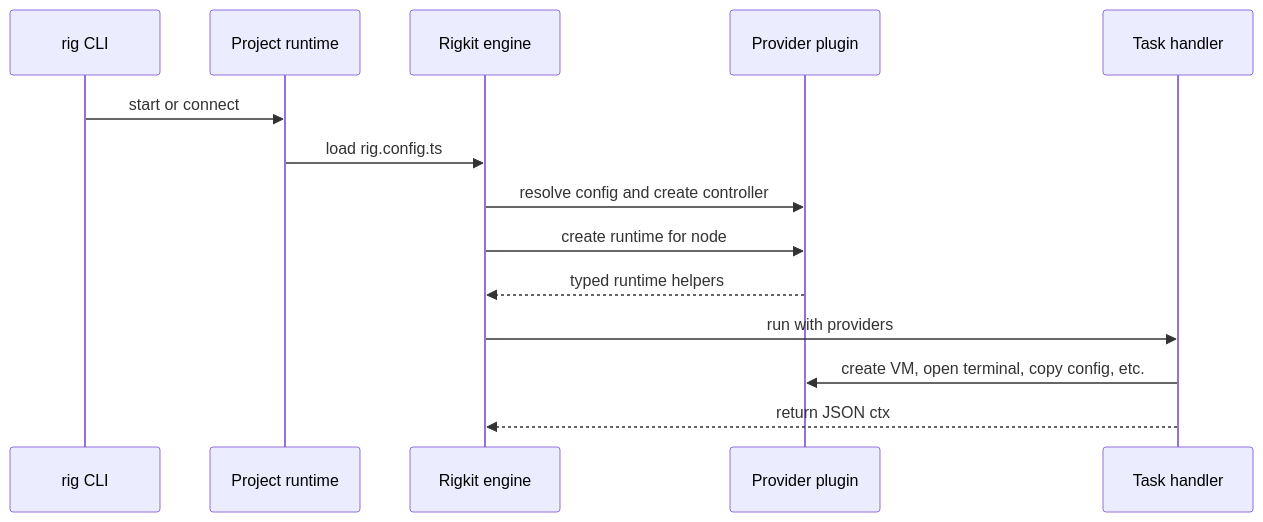
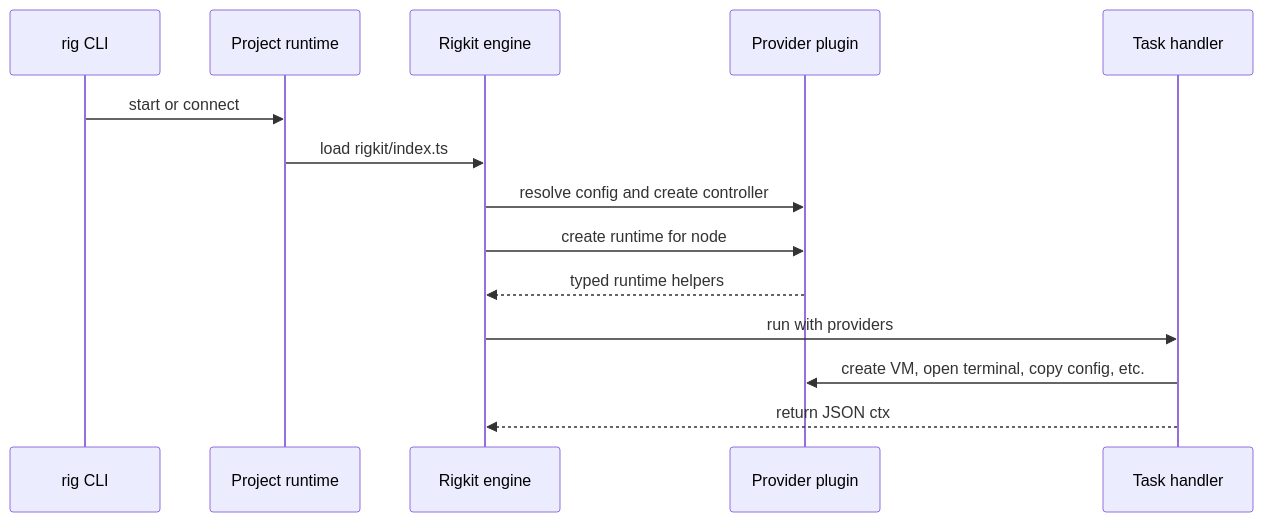
Before and after one commit to Ben2W/stoke: the second of 2 diagrams in apps/docs/canary/providers/overview.mdx, drawn with Mermaid. The commit also changed other lines of this file and 122 other files, not shown here.

````diff
--- a/apps/docs/canary/providers/overview.mdx
+++ b/apps/docs/canary/providers/overview.mdx
@@ -119,17 +119,17 @@
 ```mermaid
 sequenceDiagram
   participant CLI as rig CLI
   participant Runtime as Project runtime
   participant Engine as Rigkit engine
   participant Provider as Provider plugin
   participant Task as Task handler
 
   CLI->>Runtime: start or connect
-  Runtime->>Engine: load rig.config.ts
+  Runtime->>Engine: load rigkit/index.ts
   Engine->>Provider: resolve config and create controller
   Engine->>Provider: create runtime for node
   Provider-->>Engine: typed runtime helpers
   Engine->>Task: run with providers
   Task->>Provider: create VM, open terminal, copy config, etc.
   Task-->>Engine: return JSON ctx
 ```
````
